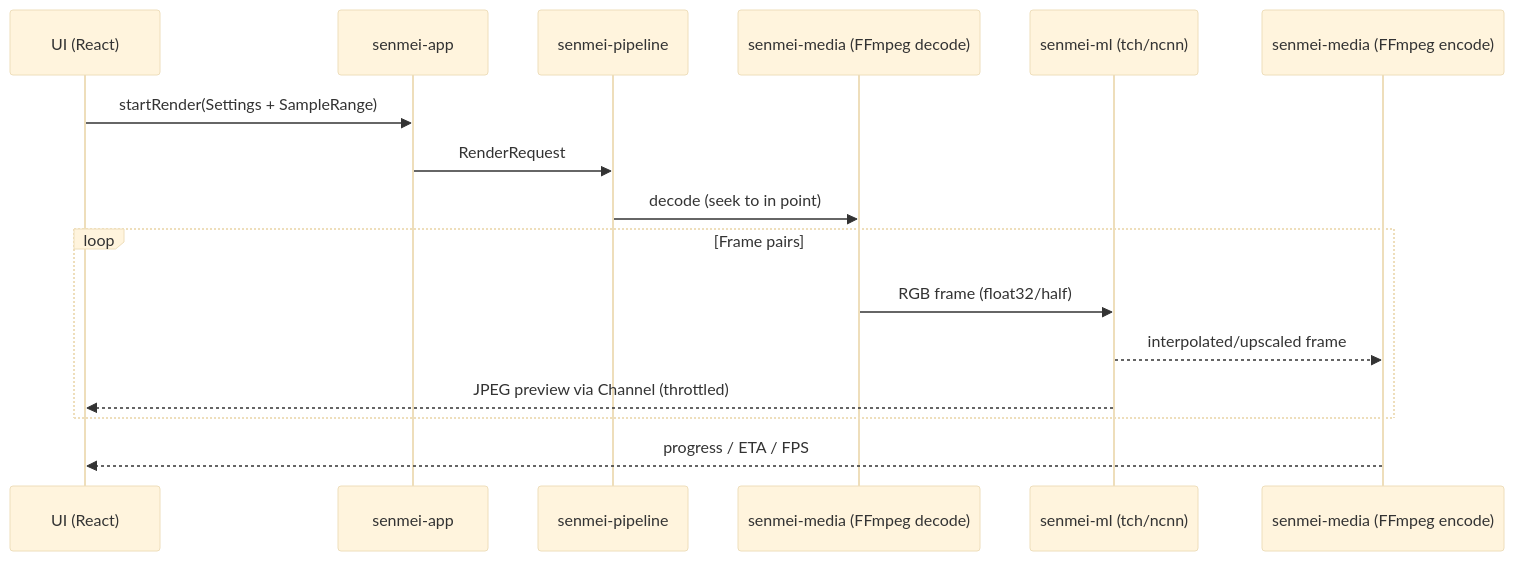
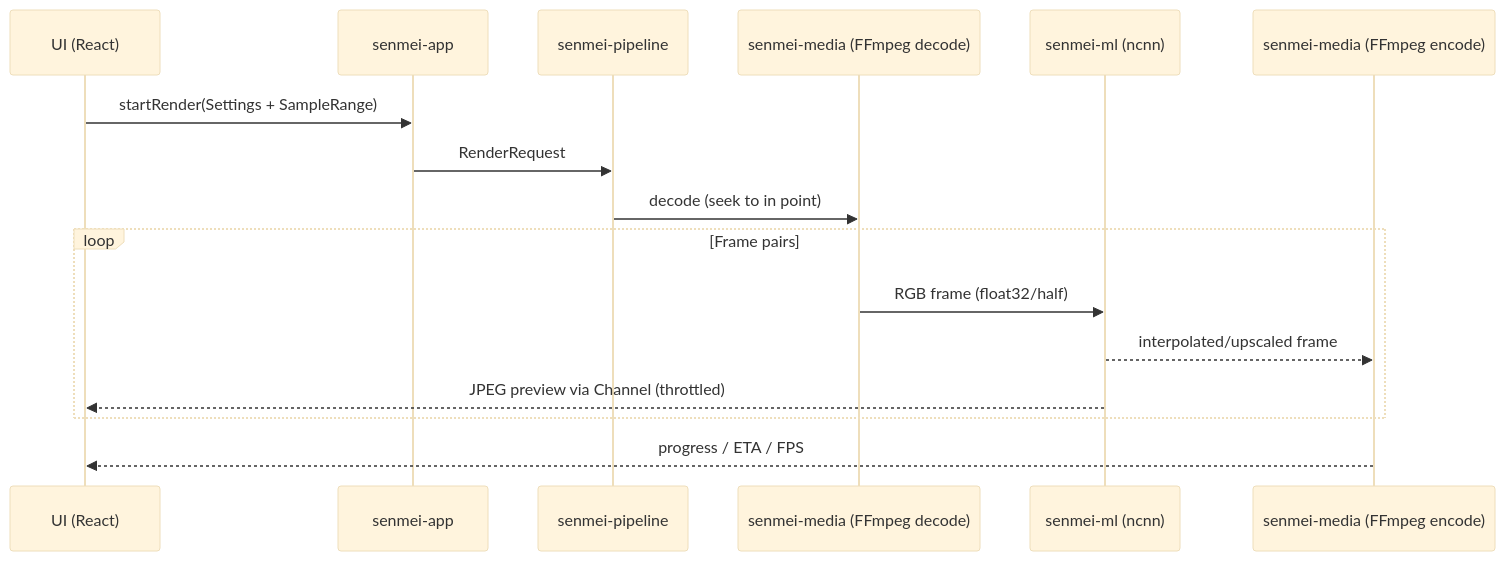
One commit to senmei-app/senmei changed the third of 3 diagrams in docs/PLAN.md. Above: the diagram before and after it, drawn with Mermaid (base theme). The commit also changed other lines of this file and 14 other files, not shown here.

````diff
--- a/docs/PLAN.md
+++ b/docs/PLAN.md
@@ -236,19 +235,19 @@
 ```mermaid
 sequenceDiagram
     participant UI as UI (React)
     participant APP as senmei-app
     participant PIPE as senmei-pipeline
     participant MEDIA as senmei-media (FFmpeg decode)
-    participant ML as senmei-ml (tch/ncnn)
+    participant ML as senmei-ml (ncnn)
     participant ENC as senmei-media (FFmpeg encode)
 
     UI->>APP: startRender(Settings + SampleRange)
     APP->>PIPE: RenderRequest
     PIPE->>MEDIA: decode (seek to in point)
     loop Frame pairs
         MEDIA->>ML: RGB frame (float32/half)
         ML-->>ENC: interpolated/upscaled frame
         ML-->>UI: JPEG preview via Channel (throttled)
     end
     ENC-->>UI: progress / ETA / FPS
 ```
````
